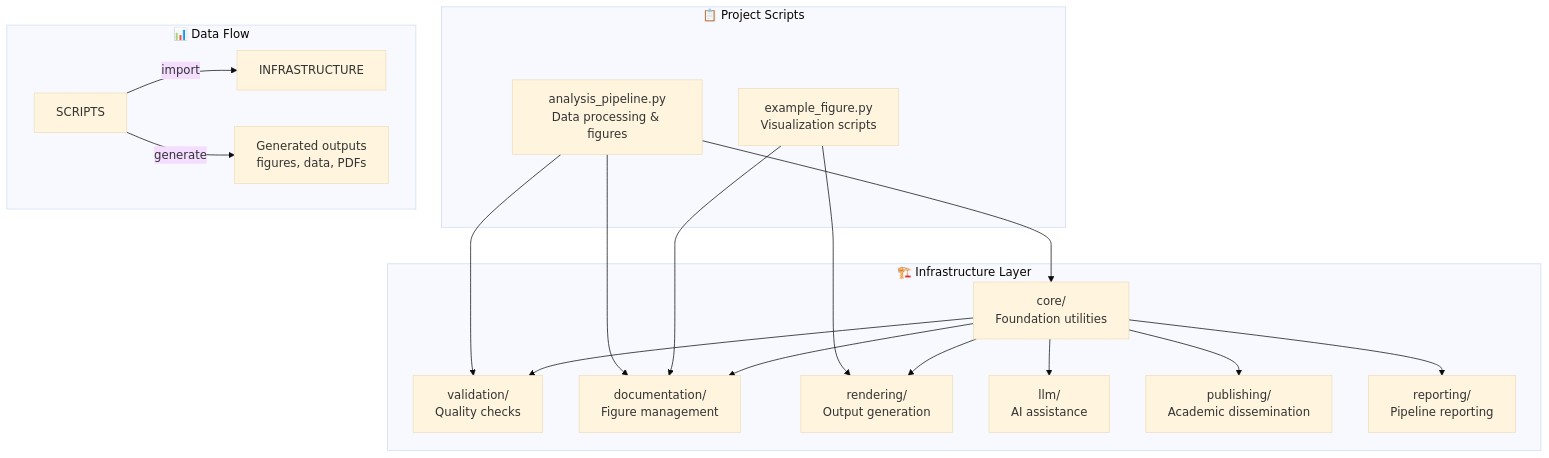
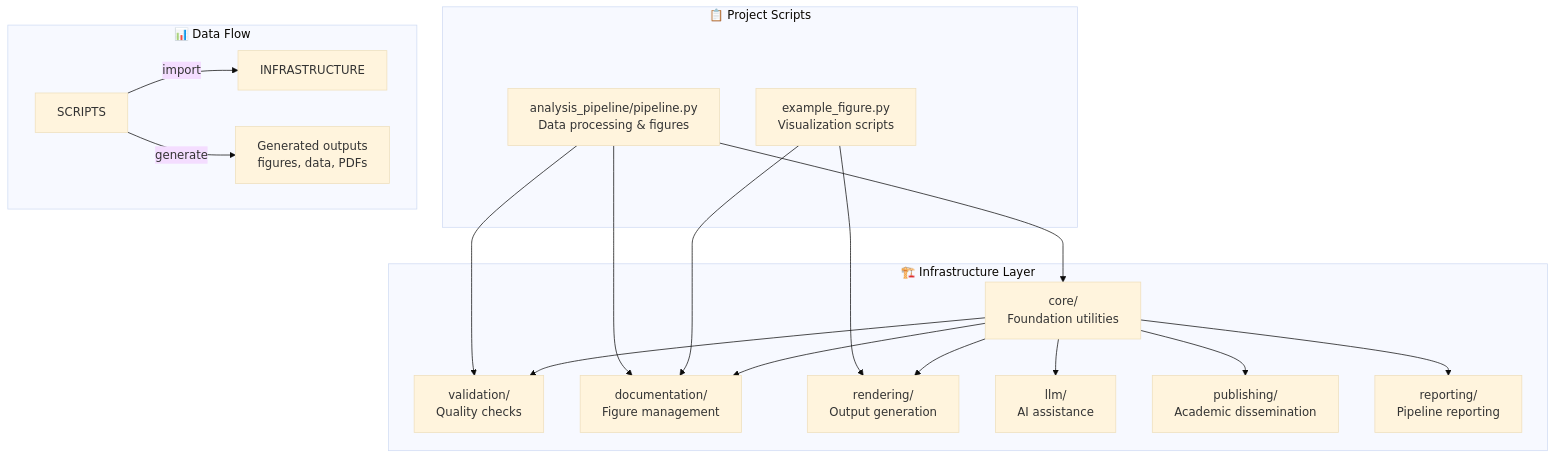
Before and after one commit to docxology/template: the second of 5 diagrams in infrastructure/README.md, drawn with Mermaid (base theme). The commit also changed other lines of this file and 322 other files, not shown here.

````diff
--- a/infrastructure/README.md
+++ b/infrastructure/README.md
@@ -57,40 +82,40 @@
 ```mermaid
 flowchart TD
     subgraph "📋 Project Scripts"
-        ANALYSIS[analysis_pipeline.py<br/>Data processing & figures]
+        ANALYSIS[analysis_pipeline/pipeline.py<br/>Data processing & figures]
         FIGURES[example_figure.py<br/>Visualization scripts]
     end
 
     subgraph "🏗️ Infrastructure Layer"
         CORE_MOD[core/<br/>Foundation utilities]
         VALIDATION_MOD[validation/<br/>Quality checks]
         DOCUMENTATION_MOD[documentation/<br/>Figure management]
         RENDERING_MOD[rendering/<br/>Output generation]
         LLM_MOD[llm/<br/>AI assistance]
         PUBLISHING_MOD[publishing/<br/>Academic dissemination]
         REPORTING_MOD[reporting/<br/>Pipeline reporting]
     end
 
     subgraph "📊 Data Flow"
         SCRIPTS -->|import| INFRASTRUCTURE
         SCRIPTS -->|generate| OUTPUTS[Generated outputs<br/>figures, data, PDFs]
     end
 
     ANALYSIS --> CORE_MOD
     ANALYSIS --> DOCUMENTATION_MOD
     ANALYSIS --> VALIDATION_MOD
 
     FIGURES --> DOCUMENTATION_MOD
     FIGURES --> RENDERING_MOD
 
     CORE_MOD --> VALIDATION_MOD
     CORE_MOD --> DOCUMENTATION_MOD
     CORE_MOD --> RENDERING_MOD
     CORE_MOD --> LLM_MOD
     CORE_MOD --> PUBLISHING_MOD
     CORE_MOD --> REPORTING_MOD
 
     class ANALYSIS,FIGURES scripts
     class CORE_MOD,VALIDATION_MOD,DOCUMENTATION_MOD,RENDERING_MOD,LLM_MOD,PUBLISHING_MOD,REPORTING_MOD infra
     class OUTPUTS output
 ```
````
